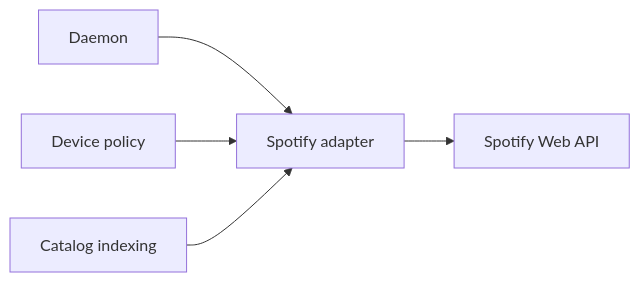
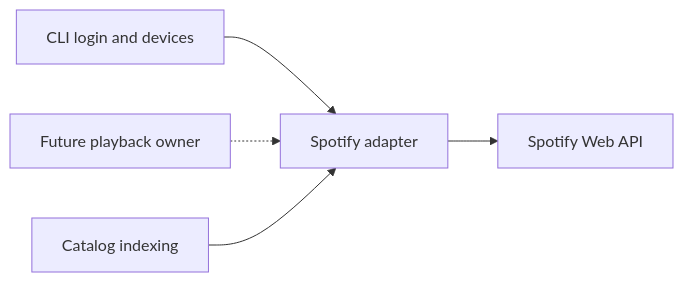
One commit to AdamPSU/agent-dj changed the diagram in wiki/entities/spotify-adapter.md. Above: the diagram before and after it, drawn with Mermaid. The commit also changed other lines of this file and 19 other files, not shown here.

````diff
--- a/wiki/entities/spotify-adapter.md
+++ b/wiki/entities/spotify-adapter.md
@@ -25,7 +25,7 @@
 ```mermaid
 graph LR
-    A["Daemon"] --> B["Spotify adapter"]
-    C["Device policy"] --> B
+    A["CLI login and devices"] --> B["Spotify adapter"]
+    C["Future playback owner"] -.-> B
     D["Catalog indexing"] --> B
     B --> E["Spotify Web API"]
 ```
````
